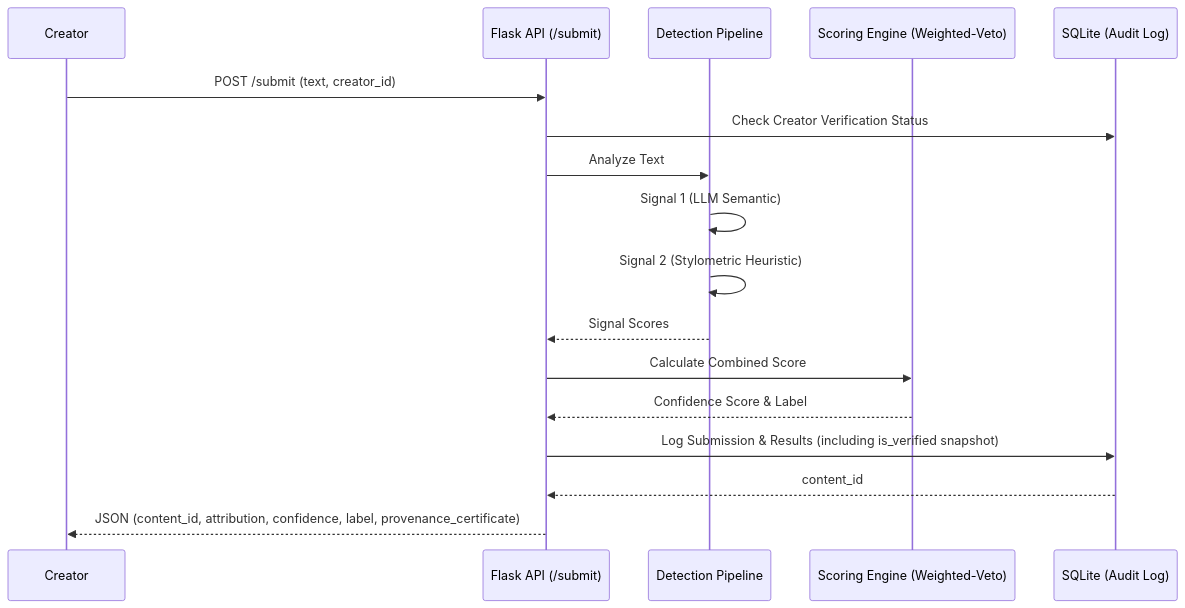
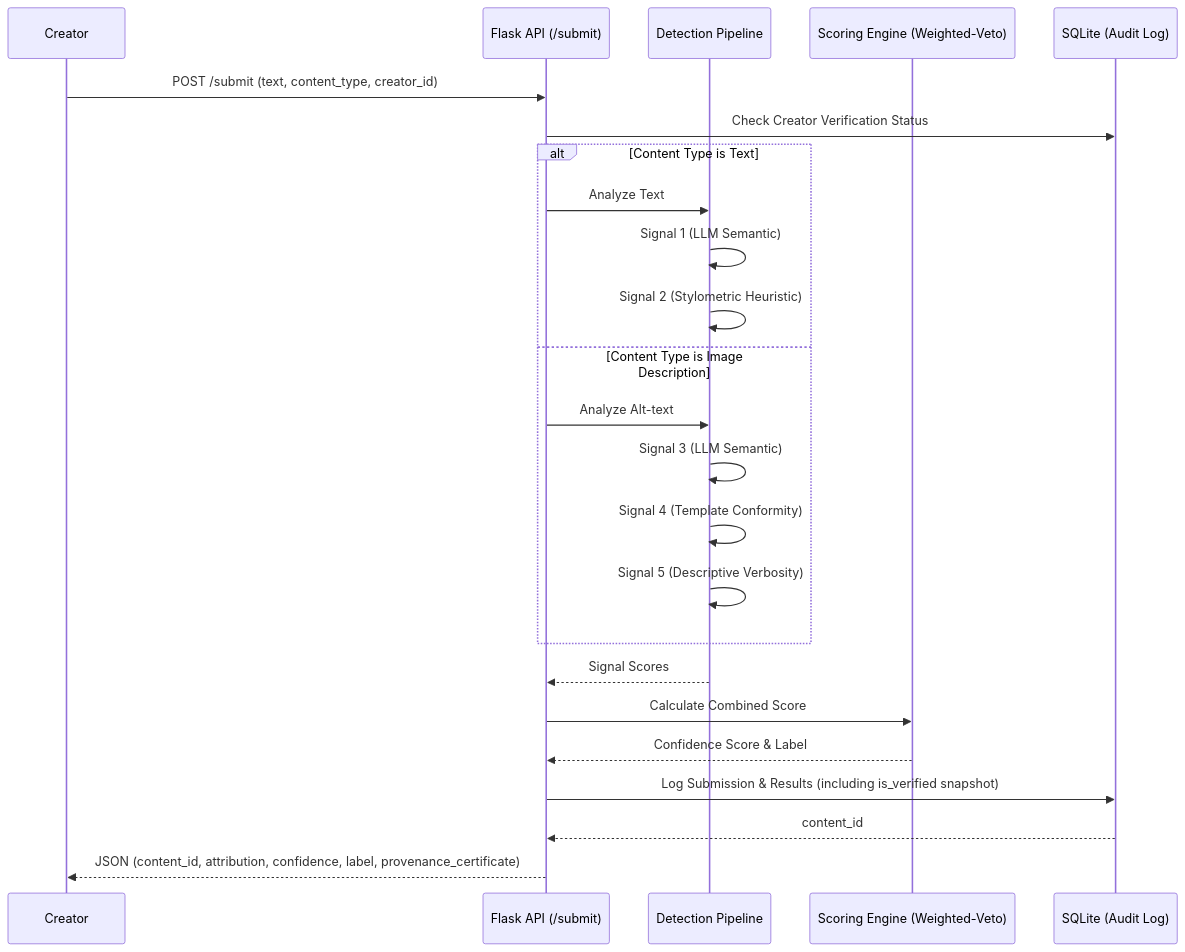
The first of 3 diagrams in ARCHITECTURE.md (parth33320/ai201_project4_provenance_guard), drawn with Mermaid before and after one commit. The commit also changed other lines of this file and 9 other files, not shown here.

First line of the commit message:
Implement Multi-Modal Support for Image Descriptions (Alt-text)

````diff
--- a/ARCHITECTURE.md
+++ b/ARCHITECTURE.md
@@ -9,20 +9,27 @@
 ```mermaid
 sequenceDiagram
     participant C as Creator
     participant API as Flask API (/submit)
     participant P as Detection Pipeline
     participant SE as Scoring Engine (Weighted-Veto)
     participant DB as SQLite (Audit Log)
 
-    C->>API: POST /submit (text, creator_id)
+    C->>API: POST /submit (text, content_type, creator_id)
     API->>DB: Check Creator Verification Status
-    API->>P: Analyze Text
-    P->>P: Signal 1 (LLM Semantic)
-    P->>P: Signal 2 (Stylometric Heuristic)
+    alt Content Type is Text
+        API->>P: Analyze Text
+        P->>P: Signal 1 (LLM Semantic)
+        P->>P: Signal 2 (Stylometric Heuristic)
+    else Content Type is Image Description
+        API->>P: Analyze Alt-text
+        P->>P: Signal 3 (LLM Semantic)
+        P->>P: Signal 4 (Template Conformity)
+        P->>P: Signal 5 (Descriptive Verbosity)
+    end
     P-->>API: Signal Scores
     API->>SE: Calculate Combined Score
     SE-->>API: Confidence Score & Label
     API->>DB: Log Submission & Results (including is_verified snapshot)
     DB-->>API: content_id
     API-->>C: JSON (content_id, attribution, confidence, label, provenance_certificate)
 ```
````
